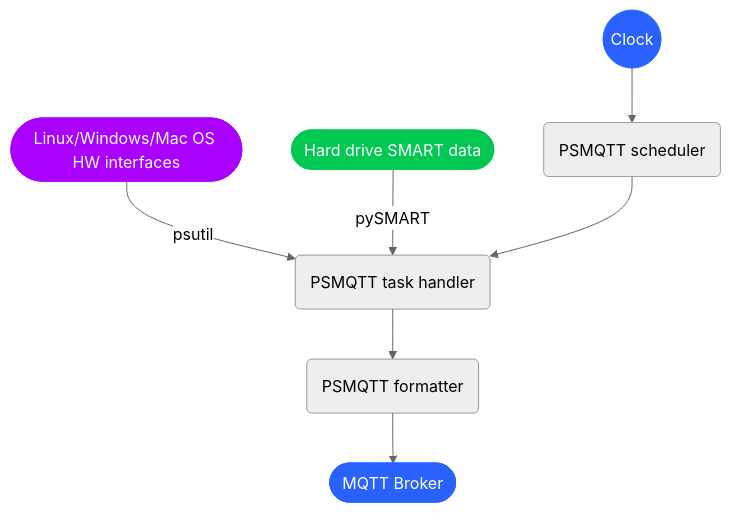
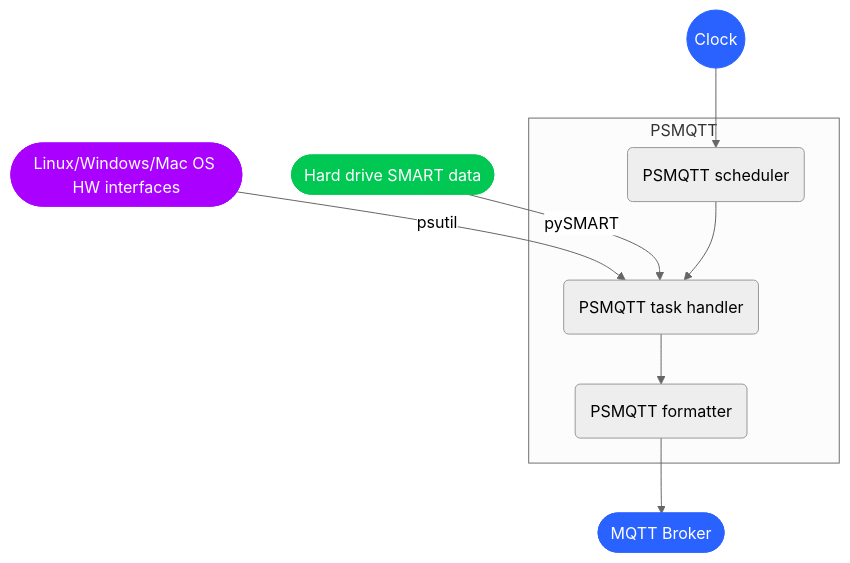
Before and after one commit to eschava/psmqtt: the diagram in doc/usage.md, drawn with Mermaid (neutral theme). The commit also changed other lines of this file and 5 other files, not shown here.

````diff
--- a/doc/usage.md
+++ b/doc/usage.md
@@ -35,27 +35,30 @@
 ```mermaid
 flowchart TD
 %% Nodes
     OS([Linux/Windows/Mac OS HW interfaces]) 
     SMART([Hard drive SMART data])
     CLK((Clock))
     MQTT([MQTT Broker])
-    psmqttTASK(PSMQTT task handler)
-    psmqttSCHED(PSMQTT scheduler)
-    psmqttFMT(PSMQTT formatter)
+
+    subgraph PSMQTT[PSMQTT]
+        psmqttTASK(PSMQTT task handler)
+        psmqttSCHED(PSMQTT scheduler)
+        psmqttFMT(PSMQTT formatter)
+    end
 
 %% Edge connections between nodes
     OS -->|psutil| psmqttTASK
     SMART -->|pySMART| psmqttTASK
     CLK --> psmqttSCHED
 
     psmqttSCHED-->psmqttTASK
     psmqttTASK-->psmqttFMT
 
     psmqttFMT-->MQTT
 
 %% Individual node styling. 
     style OS color:#FFFFFF, fill:#AA00FF, stroke:#AA00FF
     style SMART color:#FFFFFF, stroke:#00C853, fill:#00C853
     style CLK color:#FFFFFF, stroke:#2962FF, fill:#2962FF
     style MQTT color:#FFFFFF, stroke:#2962FF, fill:#2962FF
 ```
````
